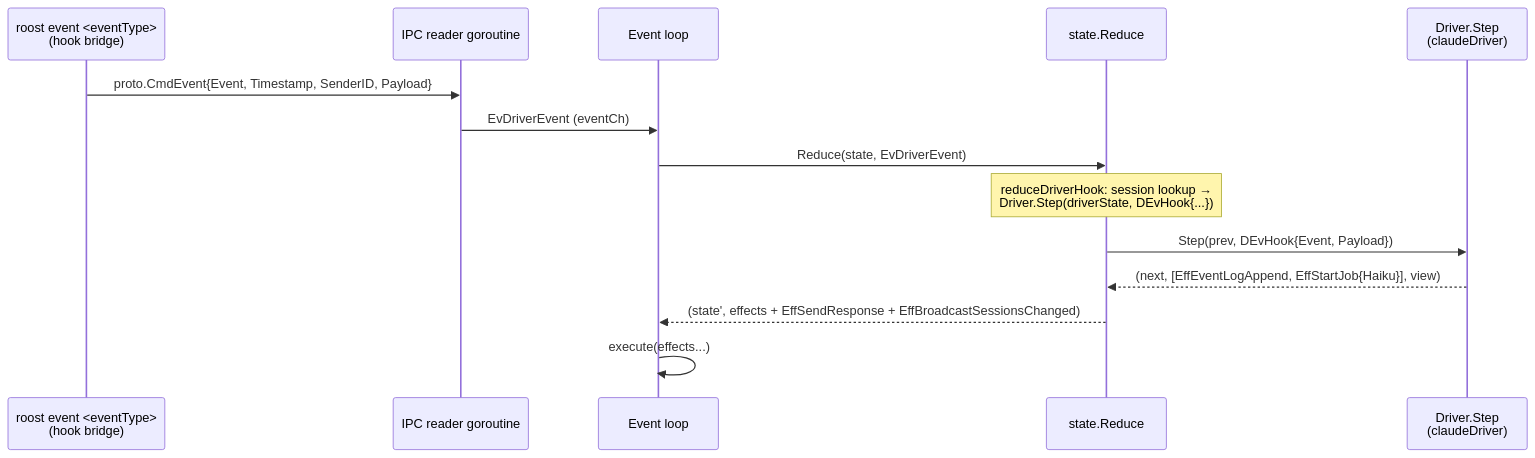
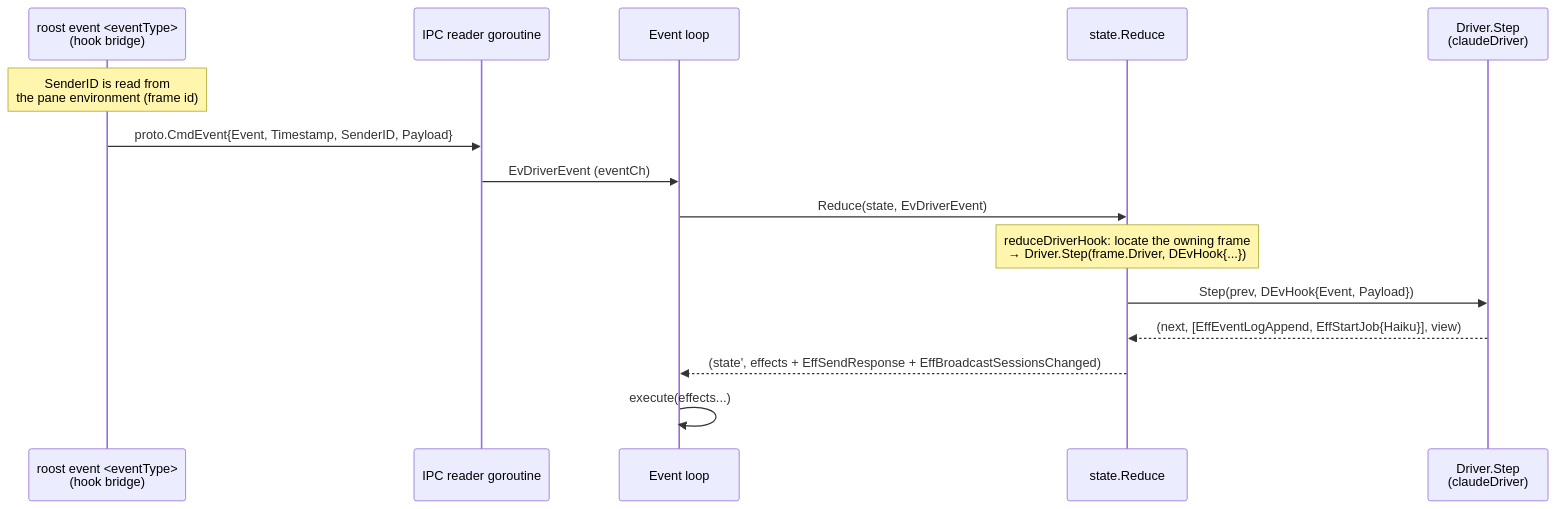
Before and after one commit to takezoh/agent-roost: the sixth of 6 diagrams in docs/ipc.md, drawn with Mermaid. The commit also changed other lines of this file and 31 other files, not shown here.

First line of the commit message:
Introduce session driver stack with per-frame lifecycle

````diff
--- a/docs/ipc.md
+++ b/docs/ipc.md
@@ -237,17 +238,18 @@
 ```mermaid
 sequenceDiagram
     participant Bridge as roost event <eventType><br/>(hook bridge)
     participant Reader as IPC reader goroutine
     participant EL as Event loop
     participant Red as state.Reduce
     participant Drv as Driver.Step<br/>(claudeDriver)
 
+    Note over Bridge: SenderID is read from<br/>the pane environment (frame id)
     Bridge->>Reader: proto.CmdEvent{Event, Timestamp, SenderID, Payload}
     Reader->>EL: EvDriverEvent (eventCh)
     EL->>Red: Reduce(state, EvDriverEvent)
-    Note over Red: reduceDriverHook: session lookup →<br/>Driver.Step(driverState, DEvHook{...})
+    Note over Red: reduceDriverHook: locate the owning frame<br/>→ Driver.Step(frame.Driver, DEvHook{...})
     Red->>Drv: Step(prev, DEvHook{Event, Payload})
     Drv-->>Red: (next, [EffEventLogAppend, EffStartJob{Haiku}], view)
     Red-->>EL: (state', effects + EffSendResponse + EffBroadcastSessionsChanged)
     EL->>EL: execute(effects...)
 ```
````
